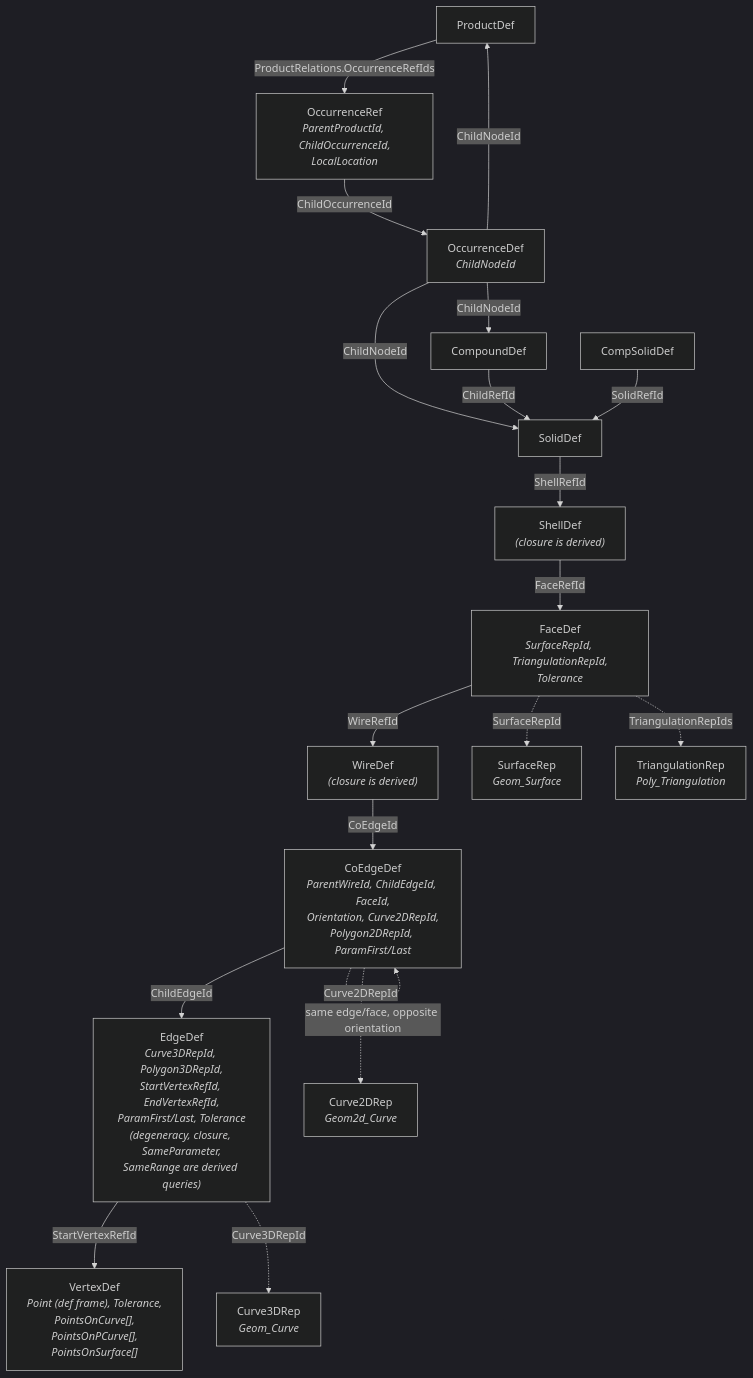
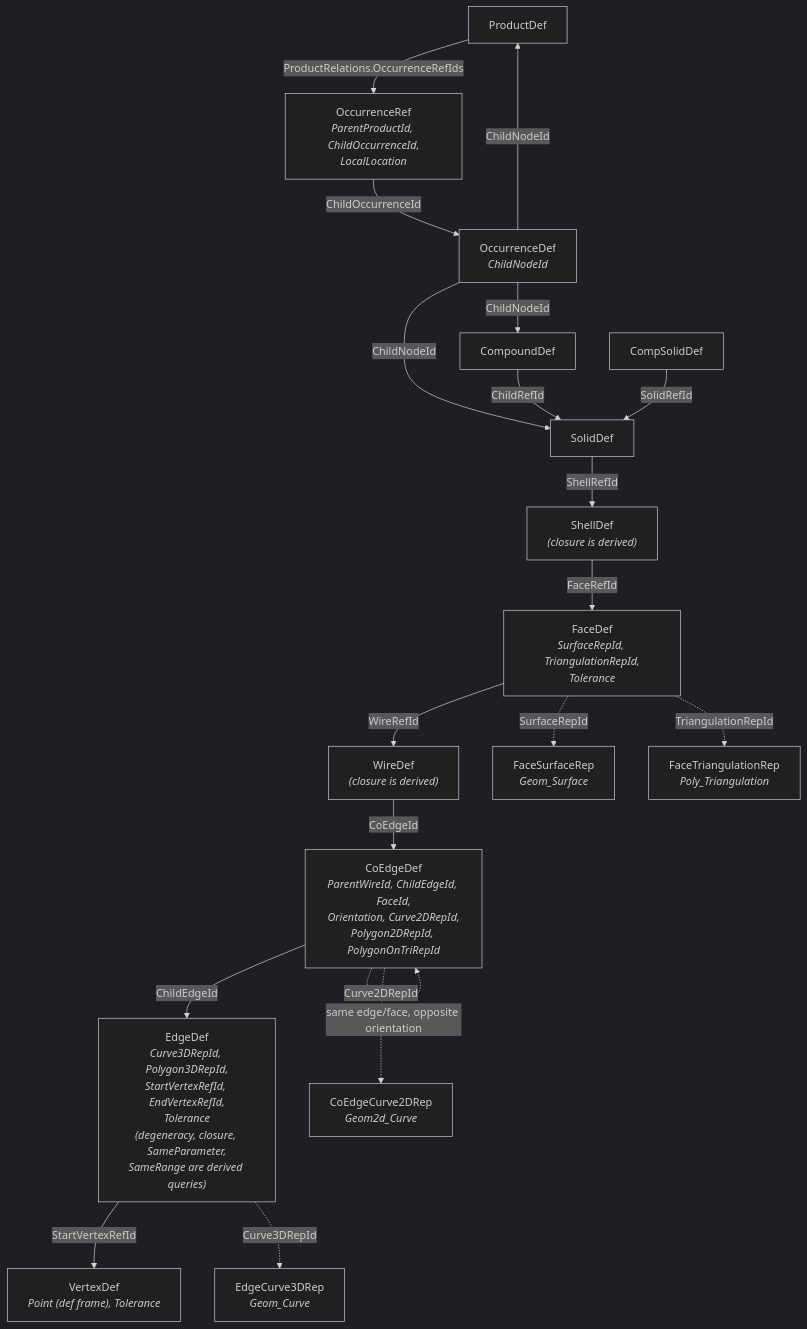
The third of 5 diagrams in src/ModelingData/TKBRep/BRepGraphInc/README.md (Open-Cascade-SAS/OCCT), drawn with Mermaid (dark theme) before and after one commit. The commit also changed other lines of this file and 2 other files, not shown here.

````diff
--- a/src/ModelingData/TKBRep/BRepGraphInc/README.md
+++ b/src/ModelingData/TKBRep/BRepGraphInc/README.md
@@ -113,46 +113,46 @@
 ```mermaid
 graph TD
     Product["ProductDef"]
     OccurrenceRef["OccurrenceRef<br/><i>ParentProductId, ChildOccurrenceId,<br/>LocalLocation</i>"]
     Occurrence["OccurrenceDef<br/><i>ChildNodeId</i>"]
 
     Compound["CompoundDef"]
     CompSolid["CompSolidDef"]
     Solid["SolidDef"]
     Shell["ShellDef<br/><i>(closure is derived)</i>"]
 
     Face["FaceDef<br/><i>SurfaceRepId, TriangulationRepId,<br/>Tolerance</i>"]
 
     Wire["WireDef<br/><i>(closure is derived)</i>"]
 
-    CoEdge["CoEdgeDef<br/><i>ParentWireId, ChildEdgeId, FaceId,<br/>Orientation, Curve2DRepId,<br/>Polygon2DRepId, ParamFirst/Last</i>"]
+    CoEdge["CoEdgeDef<br/><i>ParentWireId, ChildEdgeId, FaceId,<br/>Orientation, Curve2DRepId,<br/>Polygon2DRepId, PolygonOnTriRepId</i>"]
 
-    Edge["EdgeDef<br/><i>Curve3DRepId, Polygon3DRepId,<br/>StartVertexRefId, EndVertexRefId,<br/>ParamFirst/Last, Tolerance<br/>(degeneracy, closure, SameParameter,<br/>SameRange are derived queries)</i>"]
+    Edge["EdgeDef<br/><i>Curve3DRepId, Polygon3DRepId,<br/>StartVertexRefId, EndVertexRefId,<br/>Tolerance<br/>(degeneracy, closure, SameParameter,<br/>SameRange are derived queries)</i>"]
 
-    Vertex["VertexDef<br/><i>Point (def frame), Tolerance,<br/>PointsOnCurve[],<br/>PointsOnPCurve[],<br/>PointsOnSurface[]</i>"]
+    Vertex["VertexDef<br/><i>Point (def frame), Tolerance</i>"]
 
-    SurfRep["SurfaceRep<br/><i>Geom_Surface</i>"]
-    C3DRep["Curve3DRep<br/><i>Geom_Curve</i>"]
-    C2DRep["Curve2DRep<br/><i>Geom2d_Curve</i>"]
-    TriRep["TriangulationRep<br/><i>Poly_Triangulation</i>"]
+    SurfRep["FaceSurfaceRep<br/><i>Geom_Surface</i>"]
+    C3DRep["EdgeCurve3DRep<br/><i>Geom_Curve</i>"]
+    C2DRep["CoEdgeCurve2DRep<br/><i>Geom2d_Curve</i>"]
+    TriRep["FaceTriangulationRep<br/><i>Poly_Triangulation</i>"]
 
     Product -->|"ProductRelations.OccurrenceRefIds"| OccurrenceRef
     OccurrenceRef -->|"ChildOccurrenceId"| Occurrence
     Occurrence -->|"ChildNodeId"| Product
     Occurrence -->|"ChildNodeId"| Compound
     Occurrence -->|"ChildNodeId"| Solid
     Compound -->|"ChildRefId"| Solid
     CompSolid -->|"SolidRefId"| Solid
     Solid -->|"ShellRefId"| Shell
     Shell -->|"FaceRefId"| Face
     Face -->|"WireRefId"| Wire
     Wire -->|"CoEdgeId"| CoEdge
     CoEdge -->|"ChildEdgeId"| Edge
     Edge -->|"StartVertexRefId"| Vertex
 
     Face -.->|"SurfaceRepId"| SurfRep
-    Face -.->|"TriangulationRepIds"| TriRep
+    Face -.->|"TriangulationRepId"| TriRep
     Edge -.->|"Curve3DRepId"| C3DRep
     CoEdge -.->|"Curve2DRepId"| C2DRep
     CoEdge -.->|"same edge/face, opposite orientation"| CoEdge
 ```
````
